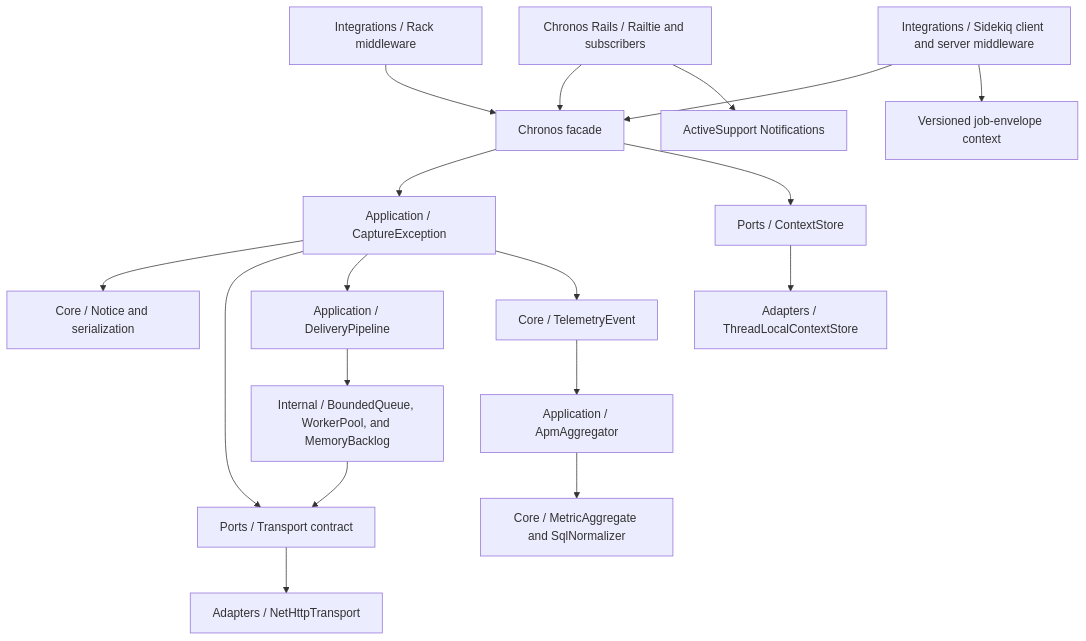
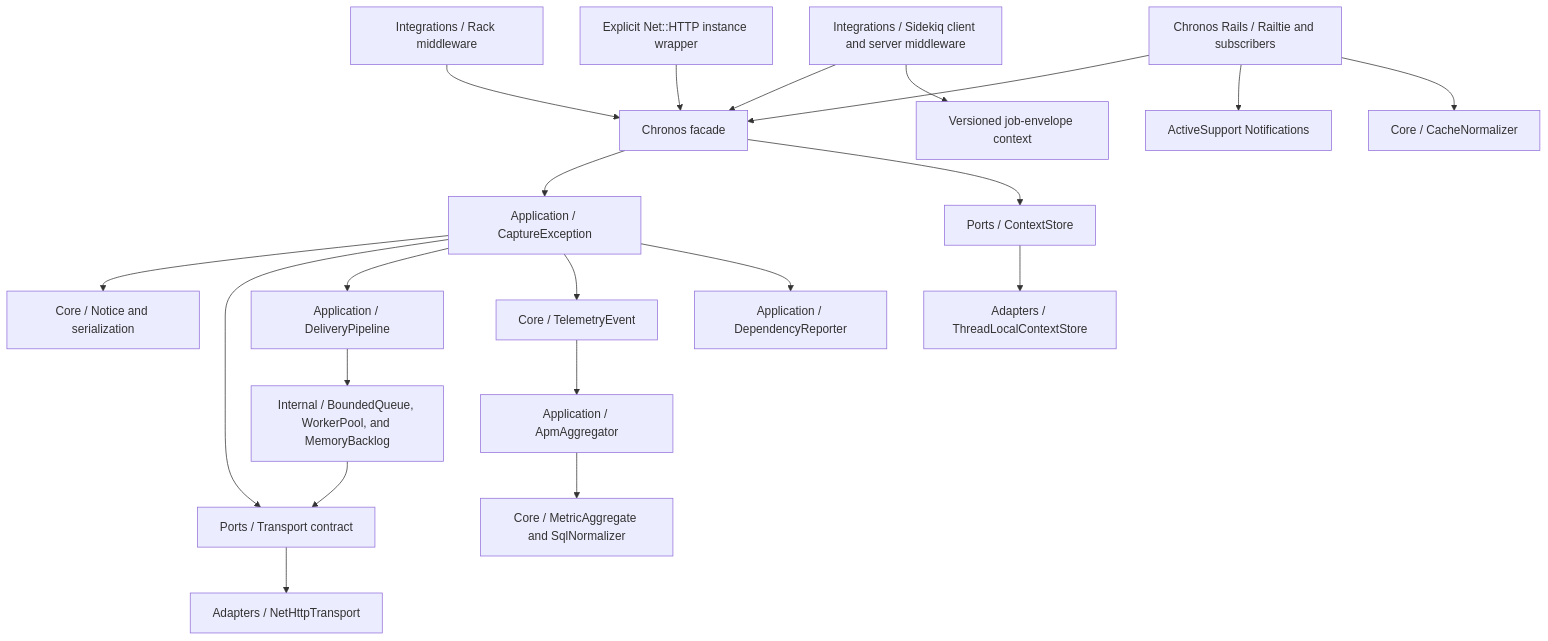
One commit to antoniojefferson/chronos-ruby changed the diagram in docs/architecture.md. Above: the diagram before and after it, drawn with Mermaid. The commit also changed other lines of this file and 55 other files, not shown here.

Commit message:
feat(observability): implement version 0.8 HTTP, cache and dependency telemetry (#11)

````diff
--- a/docs/architecture.md
+++ b/docs/architecture.md
@@ -5,20 +5,23 @@
 ```mermaid
 flowchart TB
   Facade[Chronos facade] --> Application[Application / CaptureException]
   Application --> Core[Core / Notice and serialization]
   Application --> Ports[Ports / Transport contract]
   Ports --> Adapter[Adapters / NetHttpTransport]
   Application --> Delivery[Application / DeliveryPipeline]
   Delivery --> Internal[Internal / BoundedQueue, WorkerPool, and MemoryBacklog]
   Internal --> Ports
   Rack[Integrations / Rack middleware] --> Facade
   Facade --> Context[Ports / ContextStore]
   Context --> ThreadLocal[Adapters / ThreadLocalContextStore]
   Rails[Chronos Rails / Railtie and subscribers] --> Facade
   Rails --> Notifications[ActiveSupport Notifications]
   Sidekiq[Integrations / Sidekiq client and server middleware] --> Facade
   Sidekiq --> Envelope[Versioned job-envelope context]
   Application --> Telemetry[Core / TelemetryEvent]
   Telemetry --> APM[Application / ApmAggregator]
   APM --> Metrics[Core / MetricAggregate and SqlNormalizer]
+  NetHTTP[Explicit Net::HTTP instance wrapper] --> Facade
+  Rails --> Cache[Core / CacheNormalizer]
+  Application --> Dependencies[Application / DependencyReporter]
 ```
````
